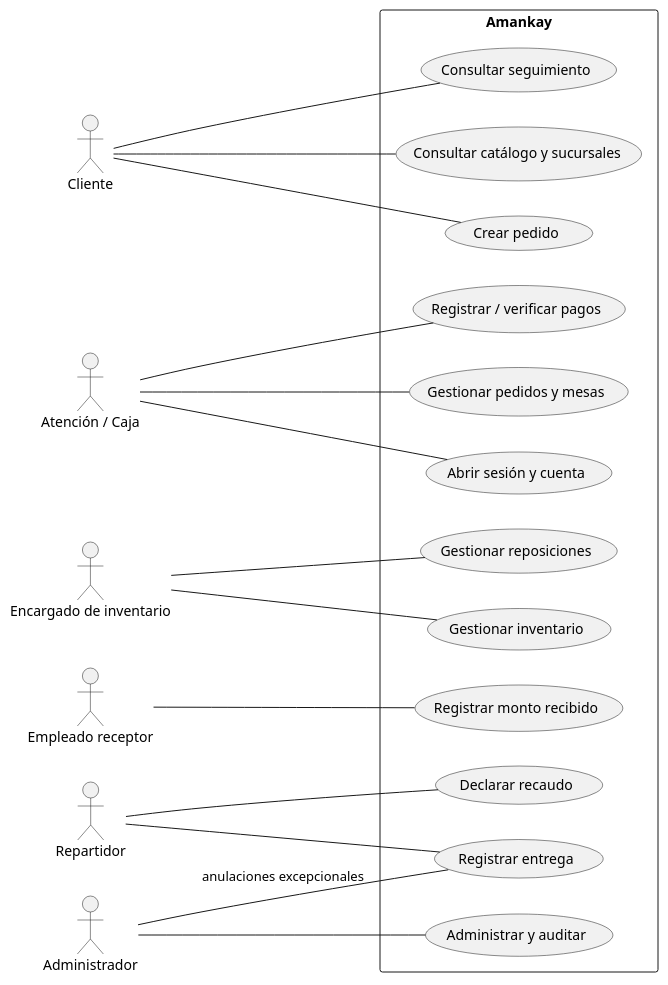
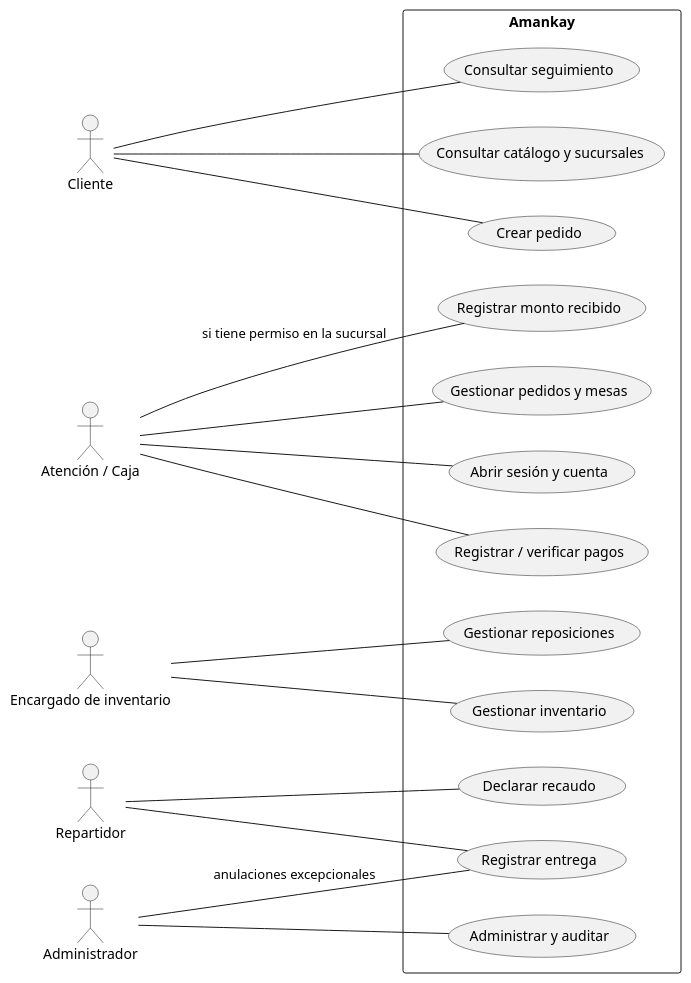
Before and after one commit to R3nDan/Amankay: the first of 2 diagrams in docs/02-modelado/UML.md, drawn with PlantUML. The commit also changed other lines of this file and 9 other files, not shown here.

````diff
--- a/docs/02-modelado/UML.md
+++ b/docs/02-modelado/UML.md
@@ -33,38 +32,37 @@
 ```plantuml
 @startuml
 left to right direction
 actor Cliente
 actor "Atención / Caja" as Atencion
 actor "Encargado de inventario" as Inventario
 actor Repartidor
-actor "Empleado receptor" as Receptor
 actor Administrador
 rectangle Amankay {
   usecase "Consultar catálogo y sucursales" as UC1
   usecase "Crear pedido" as UC2
   usecase "Consultar seguimiento" as UC3
   usecase "Gestionar pedidos y mesas" as UC4
   usecase "Abrir sesión y cuenta" as UC5
   usecase "Registrar / verificar pagos" as UC6
   usecase "Gestionar inventario" as UC7
   usecase "Gestionar reposiciones" as UC8
   usecase "Registrar entrega" as UC9
   usecase "Declarar recaudo" as UC10
   usecase "Registrar monto recibido" as UC11
   usecase "Administrar y auditar" as UC12
 }
 Cliente -- UC1
 Cliente -- UC2
 Cliente -- UC3
 Atencion -- UC4
 Atencion -- UC5
 Atencion -- UC6
 Inventario -- UC7
 Inventario -- UC8
 Repartidor -- UC9
 Repartidor -- UC10
-Receptor -- UC11
+Atencion -- UC11 : si tiene permiso en la sucursal
 Administrador -- UC12
 Administrador -- UC9 : anulaciones excepcionales
 @enduml
 ```
````
